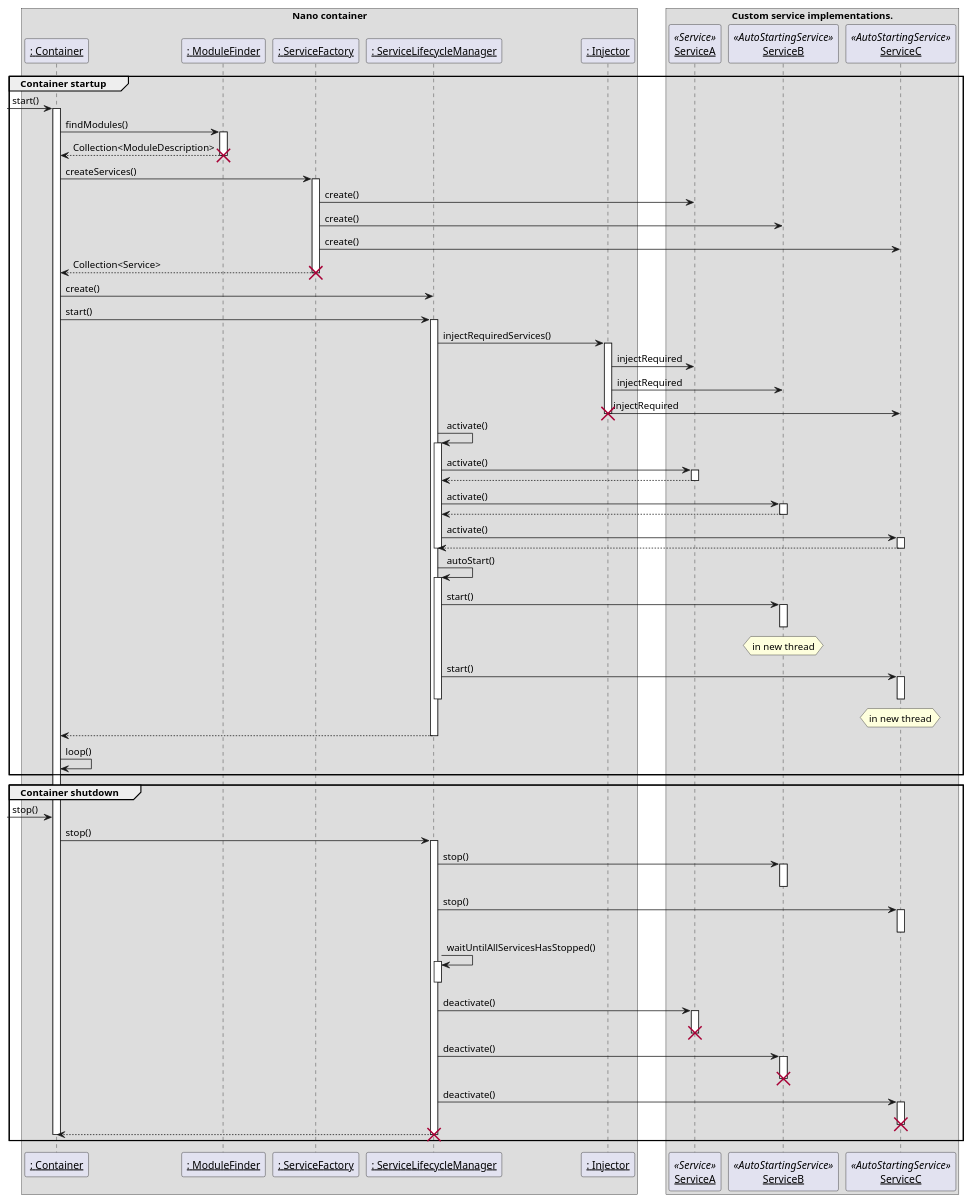
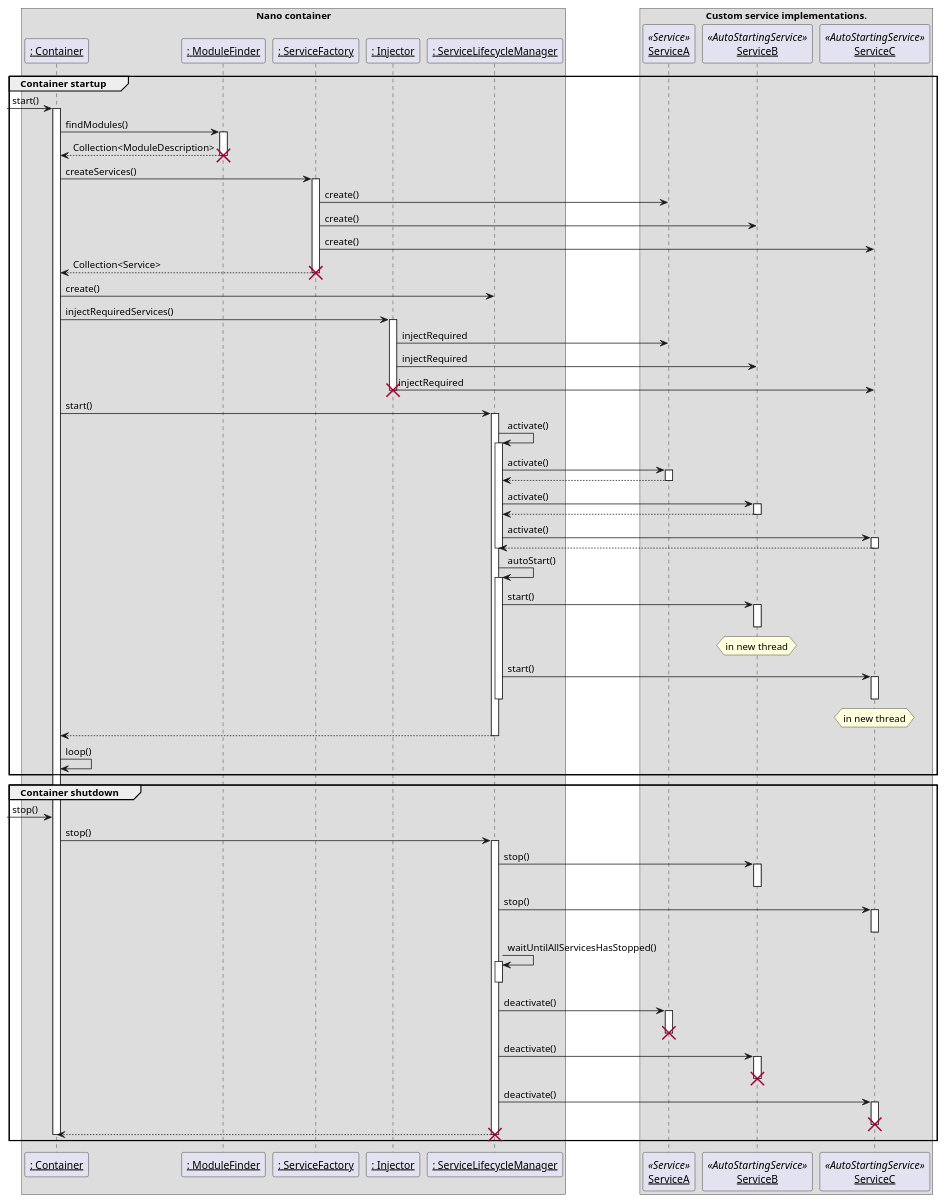
Before and after one commit to Weltraumschaf/nano: the diagram in images/container_sequence.puml, drawn with PlantUML. The commit also changed 5 other files, not shown here.

Commit message:
Move injector into container

```diff
--- a/images/container_sequence.puml
+++ b/images/container_sequence.puml
@@ -1,130 +1,131 @@
 @startuml Container Lifecycle Sequence
 skinparam componentStyle uml2
 skinparam sequenceParticipant underline
 
 box "Nano container"
 participant ": Container" as Container
 participant ": ModuleFinder" as ModuleFinder
 participant ": ServiceFactory" as ServiceFactory
+participant ": Injector" as Injector
 participant ": ServiceLifecycleManager" as ServiceLifecycleManager
-participant ": Injector" as Injector
 end box
 
 box "Custom service implementations."
 participant ServiceA << Service >>
 participant ServiceB << AutoStartingService >>
 participant ServiceC << AutoStartingService >>
 end box
 
 group Container startup
     [-> Container: start()
     activate Container
 
     Container -> ModuleFinder: findModules()
     activate ModuleFinder
     Container <-- ModuleFinder: Collection<ModuleDescription>
     deactivate ModuleFinder
     destroy ModuleFinder
 
     Container -> ServiceFactory: createServices()
     activate ServiceFactory
 
     ServiceFactory -> ServiceA: create()
     ServiceFactory -> ServiceB: create()
     ServiceFactory -> ServiceC: create()
     Container <-- ServiceFactory: Collection<Service>
     deactivate ServiceFactory
     destroy ServiceFactory
 
     Container -> ServiceLifecycleManager: create()
-    Container -> ServiceLifecycleManager: start()
-    activate ServiceLifecycleManager
-
-    ServiceLifecycleManager -> Injector: injectRequiredServices()
+    Container -> Injector: injectRequiredServices()
     activate Injector
     Injector -> ServiceA: injectRequired
     Injector -> ServiceB: injectRequired
     Injector -> ServiceC: injectRequired
     deactivate Injector
     destroy Injector
+
+    Container -> ServiceLifecycleManager: start()
+    activate ServiceLifecycleManager
+
 
     ServiceLifecycleManager -> ServiceLifecycleManager: activate()
     activate ServiceLifecycleManager
 
     ServiceLifecycleManager -> ServiceA: activate()
     activate ServiceA
     ServiceA --> ServiceLifecycleManager
     deactivate ServiceA
 
     ServiceLifecycleManager -> ServiceB: activate()
     activate ServiceB
     ServiceB --> ServiceLifecycleManager
     deactivate ServiceB
 
     ServiceLifecycleManager -> ServiceC: activate()
     activate ServiceC
     ServiceC --> ServiceLifecycleManager
     deactivate ServiceC
 
     deactivate ServiceLifecycleManager
 
     ServiceLifecycleManager -> ServiceLifecycleManager: autoStart()
     activate ServiceLifecycleManager
 
     ServiceLifecycleManager -> ServiceB: start()
     activate ServiceB
     deactivate ServiceB
     hnote over ServiceB: in new thread
 
     ServiceLifecycleManager -> ServiceC: start()
     activate ServiceC
     deactivate ServiceC
     hnote over ServiceC: in new thread
 
     deactivate ServiceLifecycleManager
 
     ServiceLifecycleManager --> Container
     deactivate ServiceLifecycleManager
 
     Container -> Container: loop()
 end
 
 group Container shutdown
     [-> Container: stop()
     Container -> ServiceLifecycleManager: stop()
     activate ServiceLifecycleManager
     ServiceLifecycleManager -> ServiceB: stop()
     activate ServiceB
     deactivate ServiceB
     ServiceLifecycleManager -> ServiceC: stop()
     activate ServiceC
     deactivate ServiceC
 
     ServiceLifecycleManager -> ServiceLifecycleManager: waitUntilAllServicesHasStopped()
     activate ServiceLifecycleManager
     deactivate ServiceLifecycleManager
 
     ServiceLifecycleManager -> ServiceA: deactivate()
     activate ServiceA
     deactivate ServiceA
     destroy ServiceA
 
     ServiceLifecycleManager -> ServiceB: deactivate()
     activate ServiceB
     deactivate ServiceB
     destroy ServiceB
 
     ServiceLifecycleManager -> ServiceC: deactivate()
     activate ServiceC
     deactivate ServiceC
     destroy ServiceC
 
     ServiceLifecycleManager --> Container
     deactivate ServiceLifecycleManager
     destroy ServiceLifecycleManager
 
 
     deactivate Container
 end
 
 @enduml
```
